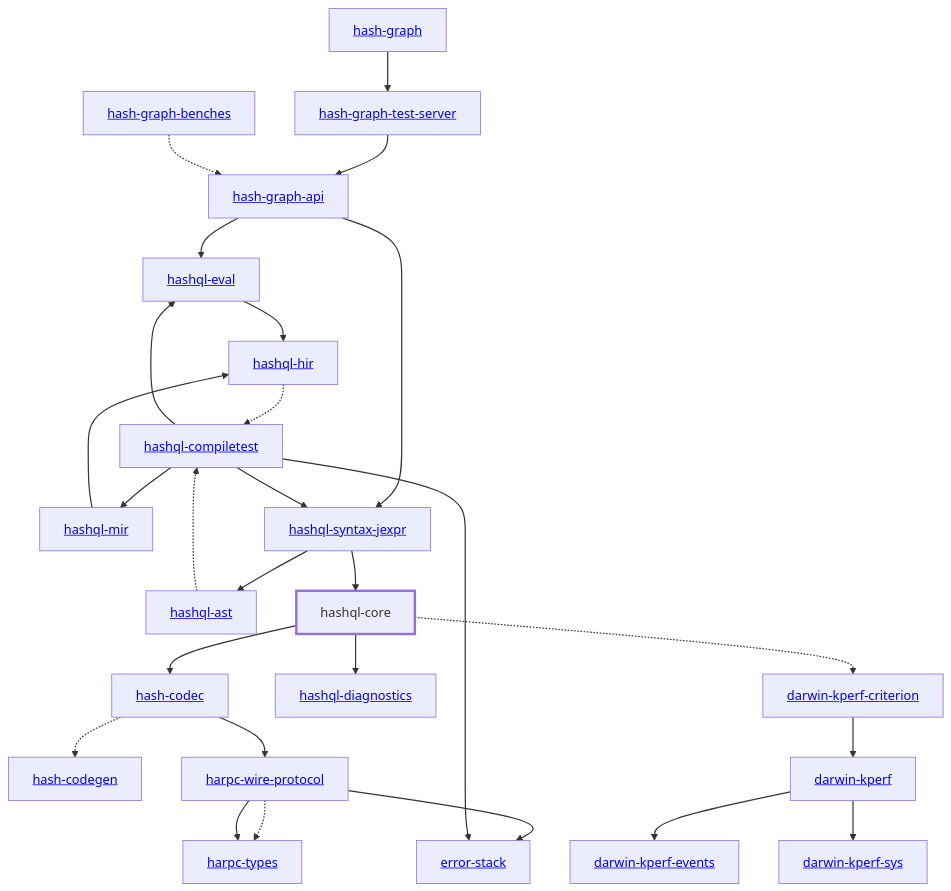
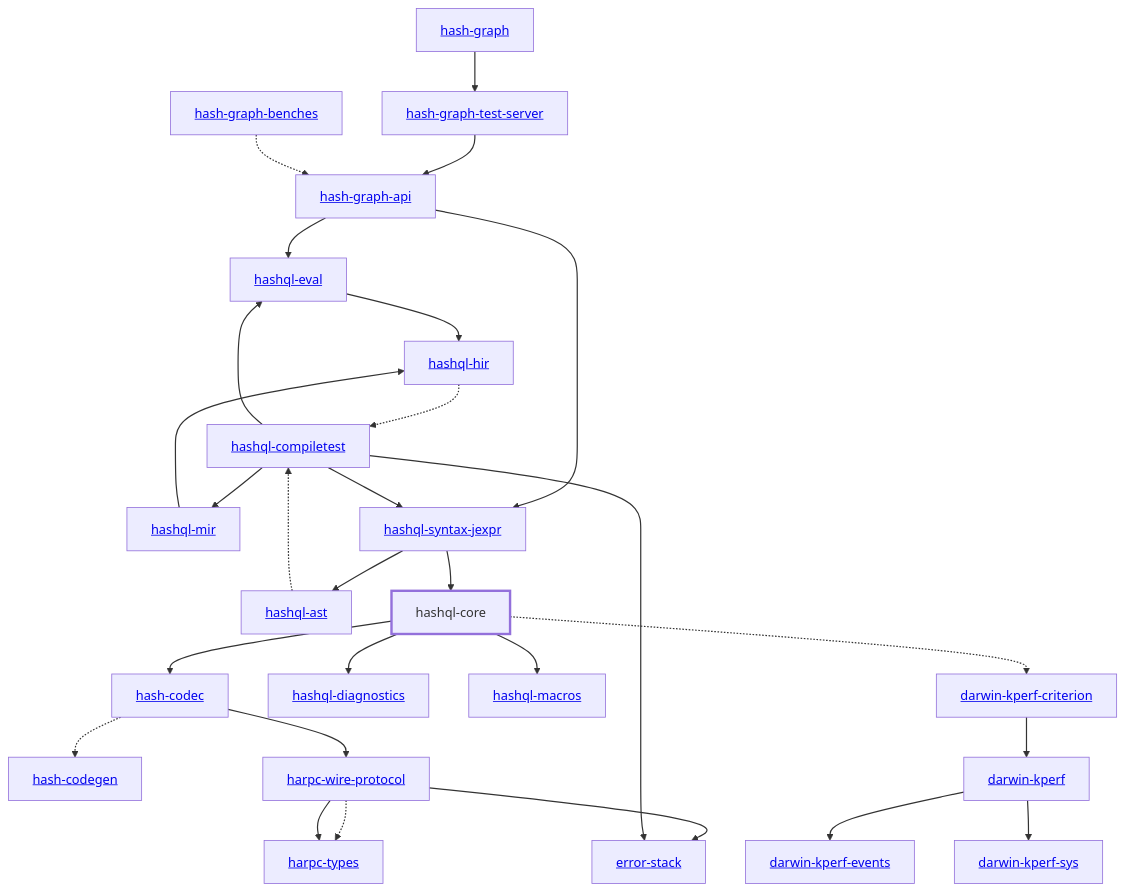
Before and after one commit to hashintel/hash: the diagram in libs/@local/hashql/core/docs/dependency-diagram.mmd, drawn with Mermaid. The commit also changed 68 other files, not shown here.

Commit message:
BE-427: Add hashql-macros crate with procedural macros for ID types and symbols (#8495)

```diff
--- a/libs/@local/hashql/core/docs/dependency-diagram.mmd
+++ b/libs/@local/hashql/core/docs/dependency-diagram.mmd
@@ -1,58 +1,60 @@
 graph TD
     linkStyle default stroke-width:1.5px
     classDef default stroke-width:1px
     classDef root stroke-width:3px
     classDef dev stroke-width:1px
     classDef build stroke-width:1px
     %% Legend
     %% --> : Normal dependency
     %% -.-> : Dev dependency
     %% ---> : Build dependency
     0[<a href="../hash_graph/index.html">hash-graph</a>]
     1[<a href="../hash_codec/index.html">hash-codec</a>]
     2[<a href="../hash_codegen/index.html">hash-codegen</a>]
     3[<a href="../hash_graph_api/index.html">hash-graph-api</a>]
     4[<a href="../hash_graph_test_server/index.html">hash-graph-test-server</a>]
     5[<a href="../harpc_types/index.html">harpc-types</a>]
     6[<a href="../harpc_wire_protocol/index.html">harpc-wire-protocol</a>]
     7[<a href="../hashql_ast/index.html">hashql-ast</a>]
     8[<a href="../hashql_compiletest/index.html">hashql-compiletest</a>]
     9[hashql-core]
     class 9 root
     10[<a href="../hashql_diagnostics/index.html">hashql-diagnostics</a>]
     11[<a href="../hashql_eval/index.html">hashql-eval</a>]
     12[<a href="../hashql_hir/index.html">hashql-hir</a>]
-    13[<a href="../hashql_mir/index.html">hashql-mir</a>]
-    14[<a href="../hashql_syntax_jexpr/index.html">hashql-syntax-jexpr</a>]
-    15[<a href="../darwin_kperf/index.html">darwin-kperf</a>]
-    16[<a href="../darwin_kperf_criterion/index.html">darwin-kperf-criterion</a>]
-    17[<a href="../darwin_kperf_events/index.html">darwin-kperf-events</a>]
-    18[<a href="../darwin_kperf_sys/index.html">darwin-kperf-sys</a>]
-    19[<a href="../error_stack/index.html">error-stack</a>]
-    20[<a href="../hash_graph_benches/index.html">hash-graph-benches</a>]
+    13[<a href="../hashql_macros/index.html">hashql-macros</a>]
+    14[<a href="../hashql_mir/index.html">hashql-mir</a>]
+    15[<a href="../hashql_syntax_jexpr/index.html">hashql-syntax-jexpr</a>]
+    16[<a href="../darwin_kperf/index.html">darwin-kperf</a>]
+    17[<a href="../darwin_kperf_criterion/index.html">darwin-kperf-criterion</a>]
+    18[<a href="../darwin_kperf_events/index.html">darwin-kperf-events</a>]
+    19[<a href="../darwin_kperf_sys/index.html">darwin-kperf-sys</a>]
+    20[<a href="../error_stack/index.html">error-stack</a>]
+    21[<a href="../hash_graph_benches/index.html">hash-graph-benches</a>]
     0 --> 4
     1 -.-> 2
     1 --> 6
     3 --> 11
-    3 --> 14
+    3 --> 15
     4 --> 3
     6 -.-> 5
     6 --> 5
-    6 --> 19
+    6 --> 20
     7 -.-> 8
     8 --> 11
-    8 --> 13
     8 --> 14
-    8 --> 19
+    8 --> 15
+    8 --> 20
     9 --> 1
     9 --> 10
-    9 -.-> 16
+    9 --> 13
+    9 -.-> 17
     11 --> 12
     12 -.-> 8
-    13 --> 12
-    14 --> 7
-    14 --> 9
-    15 --> 17
-    15 --> 18
-    16 --> 15
-    20 -.-> 3
+    14 --> 12
+    15 --> 7
+    15 --> 9
+    16 --> 18
+    16 --> 19
+    17 --> 16
+    21 -.-> 3
```
